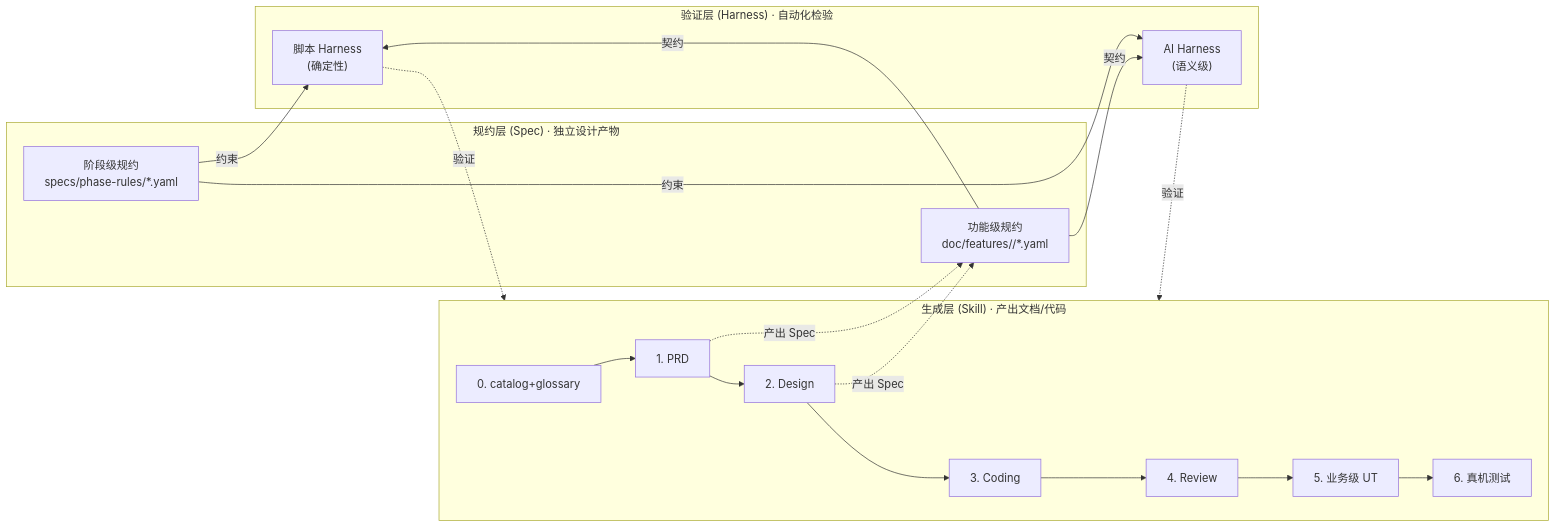
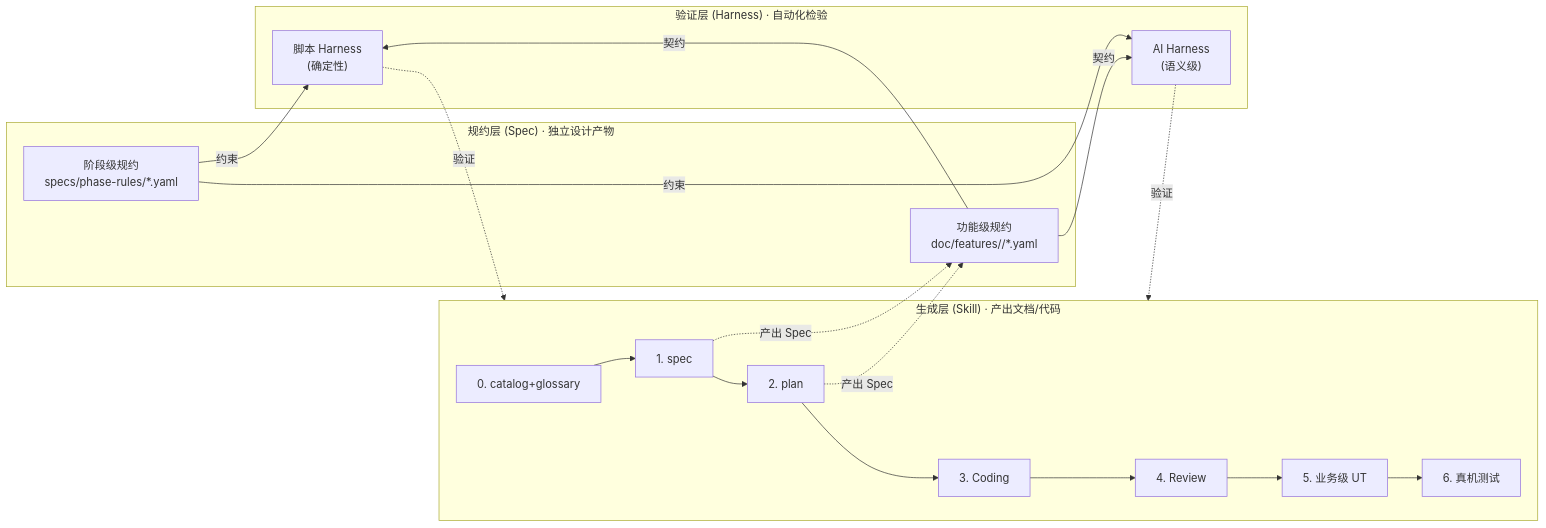
The first of 4 diagrams in docs/overview.md (sqsqsq/agent-maison), drawn with Mermaid before and after one commit. The commit also changed other lines of this file and 51 other files, not shown here.

First line of the commit message:
docs(framework): spec/plan terminology, MIGRATION, and rename plan

````diff
--- a/docs/overview.md
+++ b/docs/overview.md
@@ -54,27 +54,27 @@
 ```mermaid
 flowchart LR
     subgraph specLayer ["规约层 (Spec) · 独立设计产物"]
         PR["阶段级规约<br/>specs/phase-rules/*.yaml"]
         FR["功能级规约<br/>doc/features/<feature>/*.yaml"]
     end
     subgraph skillLayer ["生成层 (Skill) · 产出文档/代码"]
-        S0["0. catalog+glossary"] --> S1["1. PRD"]
-        S1 --> S2["2. Design"]
+        S0["0. catalog+glossary"] --> S1["1. spec"]
+        S1 --> S2["2. plan"]
         S2 --> S3["3. Coding"]
         S3 --> S4["4. Review"]
         S4 --> S5["5. 业务级 UT"]
         S5 --> S6["6. 真机测试"]
     end
     subgraph harnessLayer ["验证层 (Harness) · 自动化检验"]
         SH["脚本 Harness<br/>(确定性)"]
         AH["AI Harness<br/>(语义级)"]
     end
     S1 -.->|"产出 Spec"| FR
     S2 -.->|"产出 Spec"| FR
     PR -->|"约束"| SH
     FR -->|"契约"| SH
     PR -->|"约束"| AH
     FR -->|"契约"| AH
     SH -.->|"验证"| skillLayer
     AH -.->|"验证"| skillLayer
 ```
````
